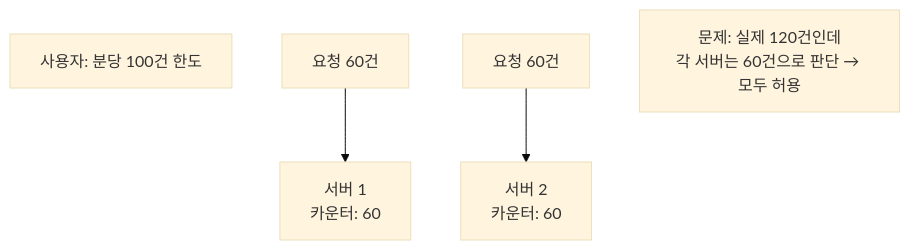
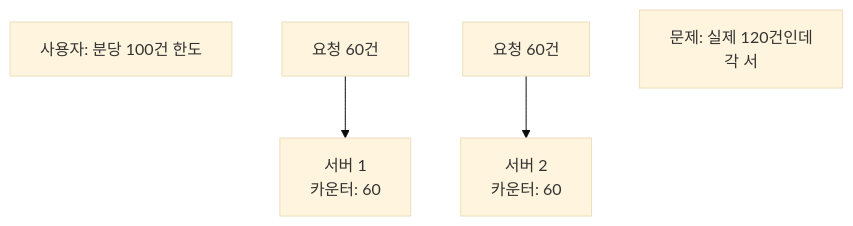
Before and after one commit to yjkim2015/yjkim2015.github.io: the third of 7 diagrams in _posts/systemdesign/2026-05-02-system-design-rate-limiter.md, drawn with Mermaid (base theme). The commit also changed other lines of this file and 271 other files, not shown here.

First line of the commit message:
Mermaid 라벨 축소: 긴 노드 텍스트 18자 이하로 트림 + \n 제거

````diff
--- a/_posts/systemdesign/2026-05-02-system-design-rate-limiter.md
+++ b/_posts/systemdesign/2026-05-02-system-design-rate-limiter.md
@@ -142,7 +142,7 @@
 ```mermaid
 graph TD
     User["사용자: 분당 100건 한도"]
     Req1["요청 60건"] --> S1["서버 1\n카운터: 60"]
     Req2["요청 60건"] --> S2["서버 2\n카운터: 60"]
-    Problem["문제: 실제 120건인데\n각 서버는 60건으로 판단 → 모두 허용"]
+    Problem["문제: 실제 120건인데\n각 서"]
 ```
````
